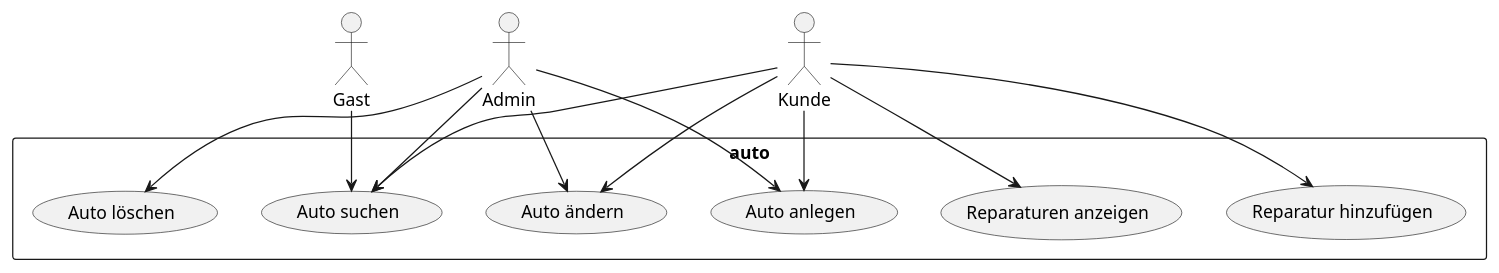
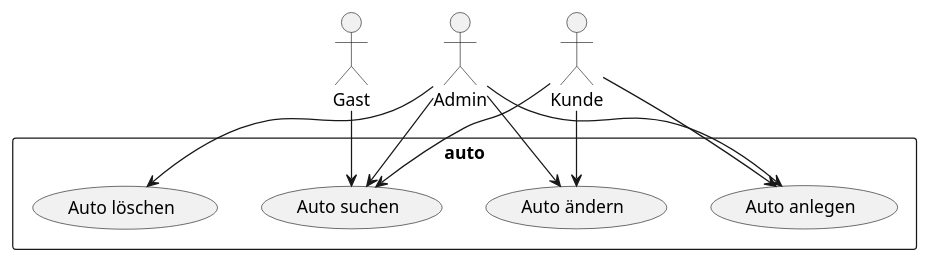
The diagram in .extras/doc/projekthandbuch/use-cases.plantuml (JBones35/auto), drawn with PlantUML before and after one commit. The commit also changed 8 other files, not shown here.

Commit message:
plant-uml nachbesserungen am 29.04

```diff
--- a/.extras/doc/projekthandbuch/use-cases.plantuml
+++ b/.extras/doc/projekthandbuch/use-cases.plantuml
@@ -1,20 +1,18 @@
 @startuml Use Cases
 
 actor Gast
 actor Admin
 actor Kunde
 
 rectangle auto {
     Gast --> (Auto suchen)
     Admin --> (Auto suchen)
     Admin --> (Auto anlegen)
     Admin --> (Auto ändern)
     Admin --> (Auto löschen)
     Kunde --> (Auto suchen)
     Kunde --> (Auto anlegen)
     Kunde --> (Auto ändern)
-    Kunde --> (Reparatur hinzufügen)
-    Kunde --> (Reparaturen anzeigen)
 }
 
 @enduml
```
